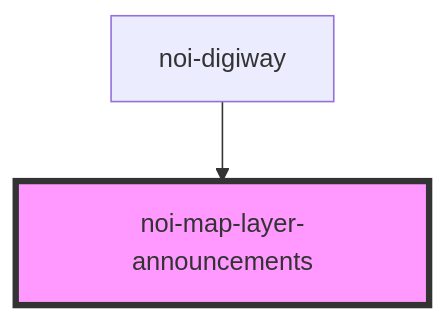
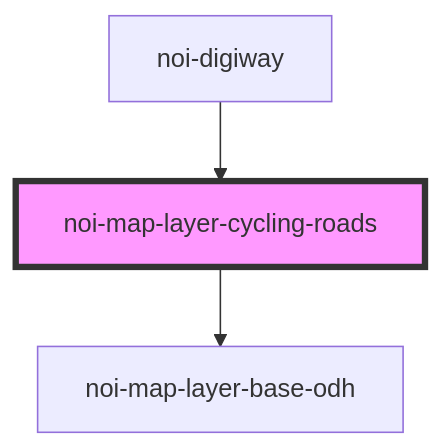
The diagram in src/blocks/map-layer-cycling-roads/readme.md (MaxXx1313/webcomp-digiway), drawn with Mermaid before and after one commit. The commit also changed other lines of this file and 12 other files, not shown here.

````diff
--- a/src/blocks/map-layer-cycling-roads/readme.md
+++ b/src/blocks/map-layer-cycling-roads/readme.md
@@ -31,5 +44,6 @@
 ```mermaid
 graph TD;
-  noi-digiway --> noi-map-layer-announcements
-  style noi-map-layer-announcements fill:#f9f,stroke:#333,stroke-width:4px
+  noi-map-layer-cycling-roads --> noi-map-layer-base-odh
+  noi-digiway --> noi-map-layer-cycling-roads
+  style noi-map-layer-cycling-roads fill:#f9f,stroke:#333,stroke-width:4px
 ```
````
